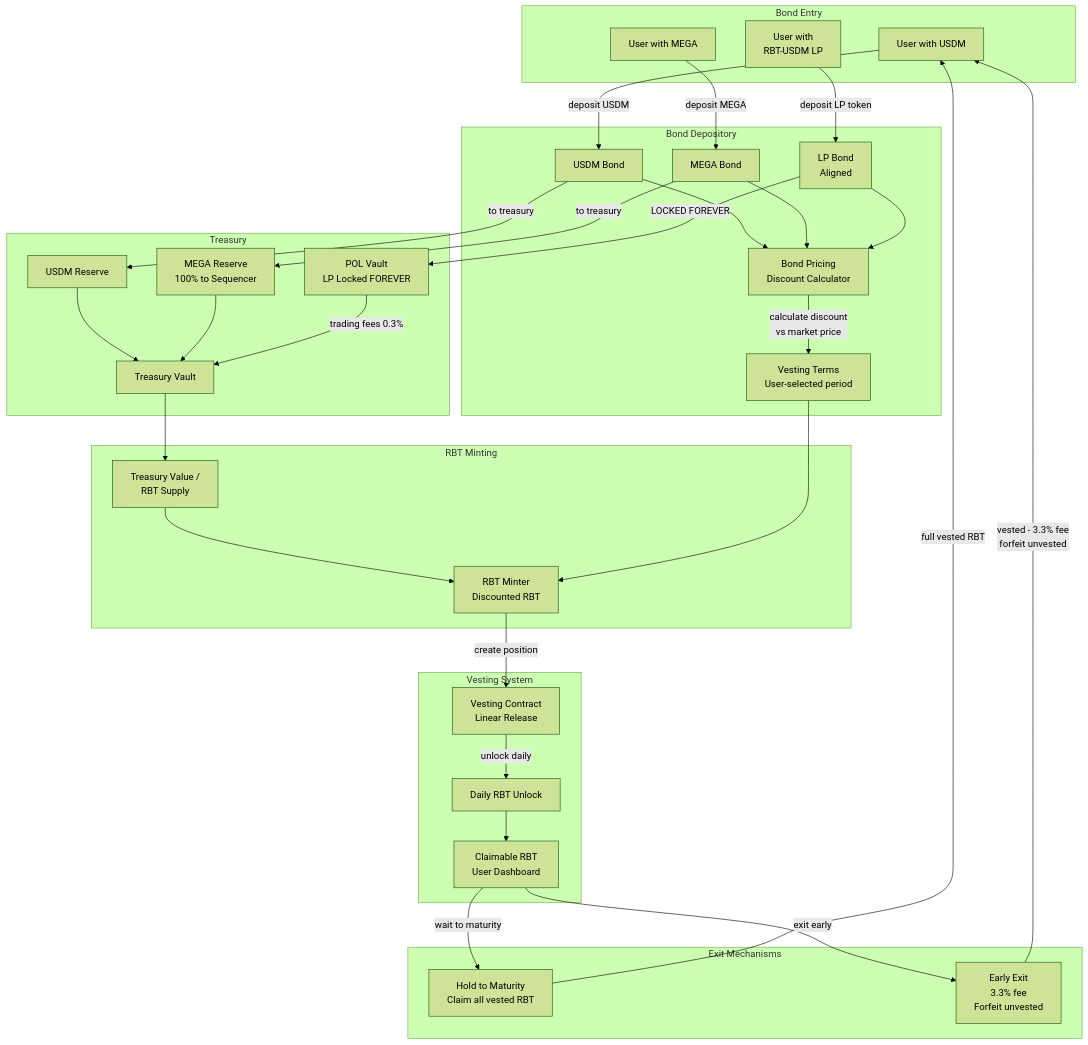
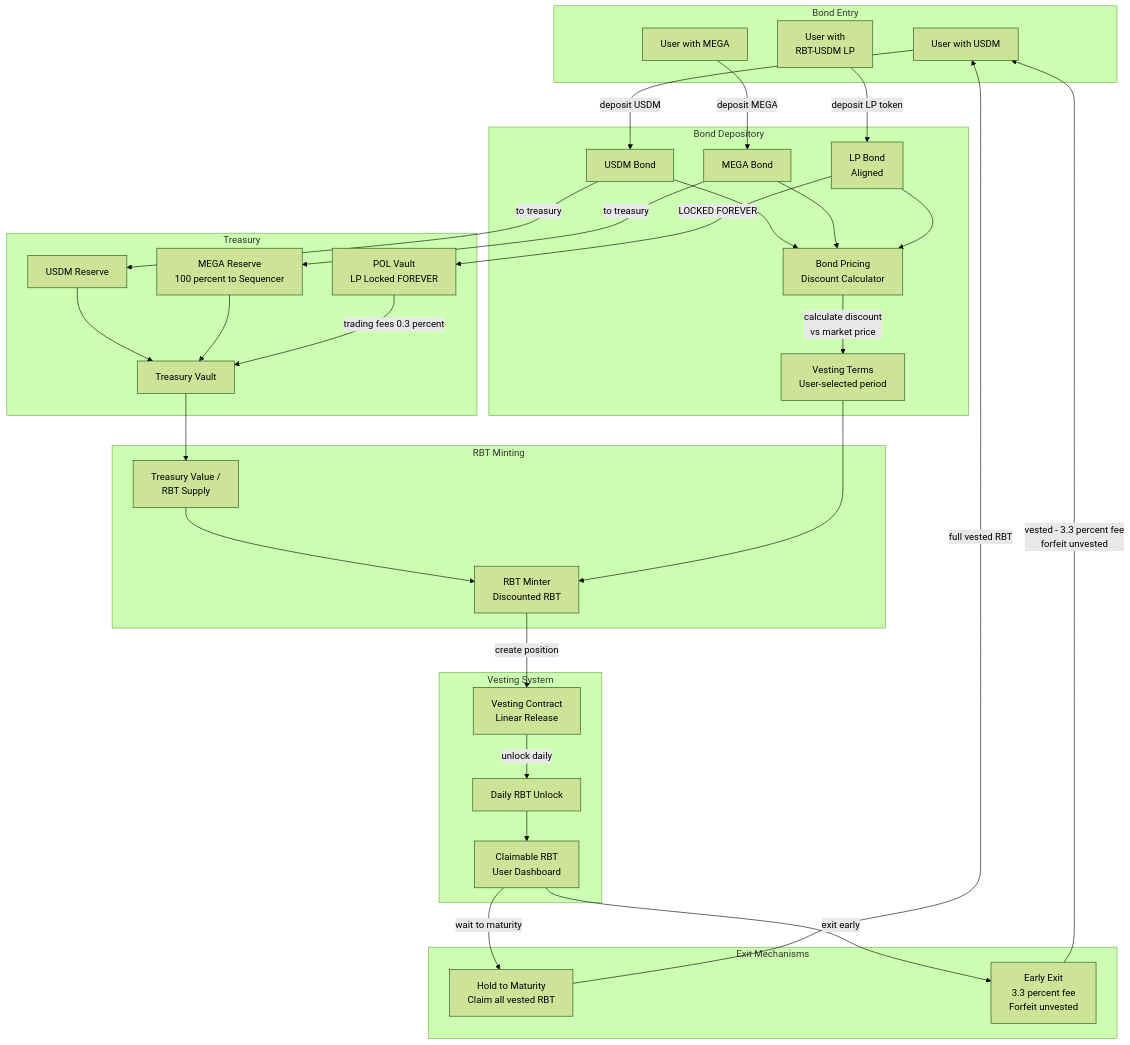
The third of 6 diagrams in blackhaven-architecture-diagrams.md (0xJaehaerys/ohmega), drawn with Mermaid (forest theme) before and after one commit. The commit also changed other lines of this file, not shown here.

First line of the commit message:
Fix Mermaid syntax: replace % with percent

````diff
--- a/blackhaven-architecture-diagrams.md
+++ b/blackhaven-architecture-diagrams.md
@@ -139,71 +139,71 @@
 ```mermaid
 graph TB
     subgraph "Bond Entry"
         USER_USDM[User with USDM]
         USER_MEGA[User with MEGA]
         USER_LP[User with<br/>RBT-USDM LP]
     end
     
     subgraph "Bond Depository"
         USDM_BOND[USDM Bond]
         MEGA_BOND[MEGA Bond]
         LP_BOND[LP Bond<br/>Aligned]
         PRICING[Bond Pricing<br/>Discount Calculator]
         TERMS[Vesting Terms<br/>User-selected period]
     end
     
     subgraph "Treasury"
         TREASURY[Treasury Vault]
         USDM_RES[USDM Reserve]
-        MEGA_RES[MEGA Reserve<br/>100% to Sequencer]
+        MEGA_RES[MEGA Reserve<br/>100 percent to Sequencer]
         POL_VAULT[POL Vault<br/>LP Locked FOREVER]
     end
     
     subgraph "Vesting System"
         VESTING[Vesting Contract<br/>Linear Release]
         DAILY_UNLOCK[Daily RBT Unlock]
         CLAIMABLE[Claimable RBT<br/>User Dashboard]
     end
     
     subgraph "RBT Minting"
         BACKING[Treasury Value /<br/>RBT Supply]
         MINTER[RBT Minter<br/>Discounted RBT]
     end
     
     subgraph "Exit Mechanisms"
         MATURITY[Hold to Maturity<br/>Claim all vested RBT]
-        EARLY_EXIT[Early Exit<br/>3.3% fee<br/>Forfeit unvested]
+        EARLY_EXIT[Early Exit<br/>3.3 percent fee<br/>Forfeit unvested]
     end
     
     USER_USDM -->|deposit USDM| USDM_BOND
     USER_MEGA -->|deposit MEGA| MEGA_BOND
     USER_LP -->|deposit LP token| LP_BOND
     
     USDM_BOND --> PRICING
     MEGA_BOND --> PRICING
     LP_BOND --> PRICING
     
     PRICING -->|calculate discount<br/>vs market price| TERMS
     
     USDM_BOND -->|to treasury| USDM_RES
     MEGA_BOND -->|to treasury| MEGA_RES
     LP_BOND -->|LOCKED FOREVER| POL_VAULT
     
     USDM_RES --> TREASURY
     MEGA_RES --> TREASURY
-    POL_VAULT -->|trading fees 0.3%| TREASURY
+    POL_VAULT -->|trading fees 0.3 percent| TREASURY
     
     TREASURY --> BACKING
     BACKING --> MINTER
     TERMS --> MINTER
     
     MINTER -->|create position| VESTING
     VESTING -->|unlock daily| DAILY_UNLOCK
     DAILY_UNLOCK --> CLAIMABLE
     
     CLAIMABLE -->|wait to maturity| MATURITY
     CLAIMABLE -->|exit early| EARLY_EXIT
     
     MATURITY -->|full vested RBT| USER_USDM
-    EARLY_EXIT -->|vested - 3.3% fee<br/>forfeit unvested| USER_USDM
+    EARLY_EXIT -->|vested - 3.3 percent fee<br/>forfeit unvested| USER_USDM
 ```
````
